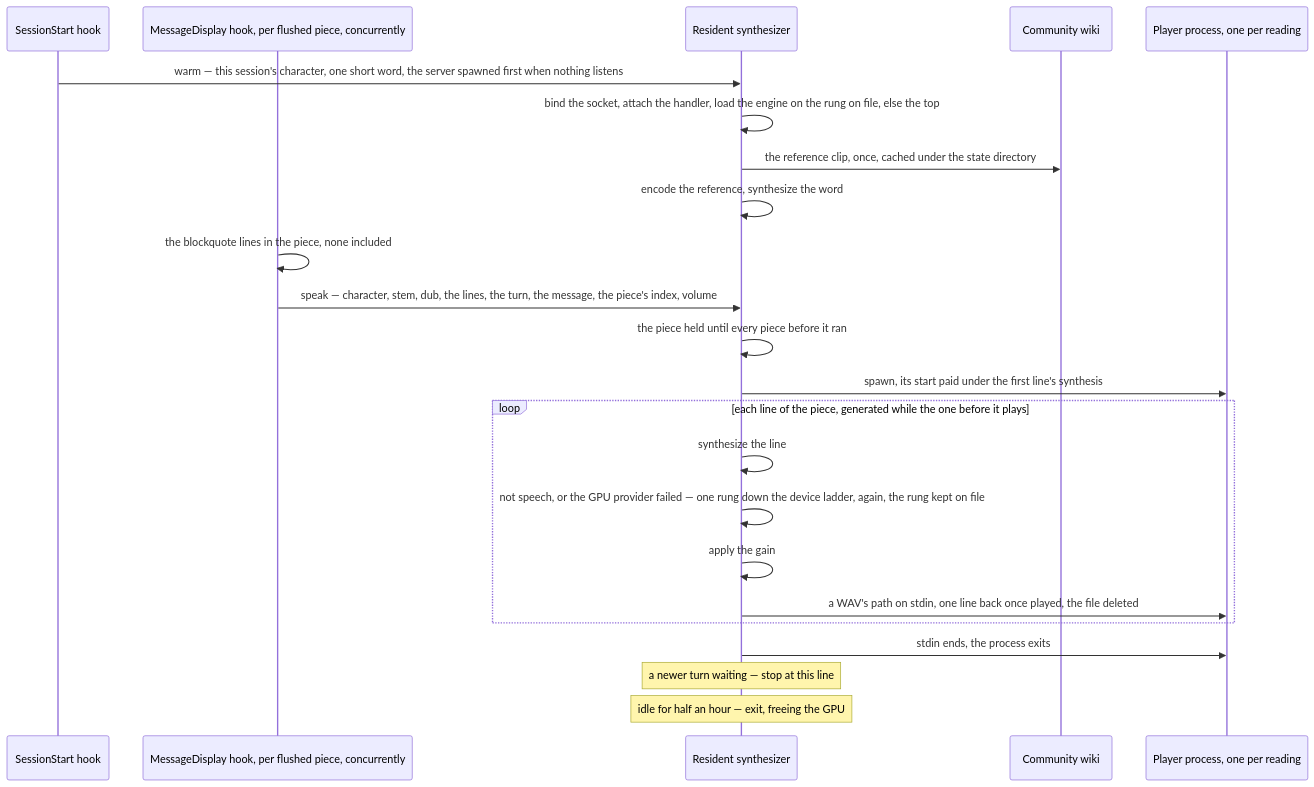
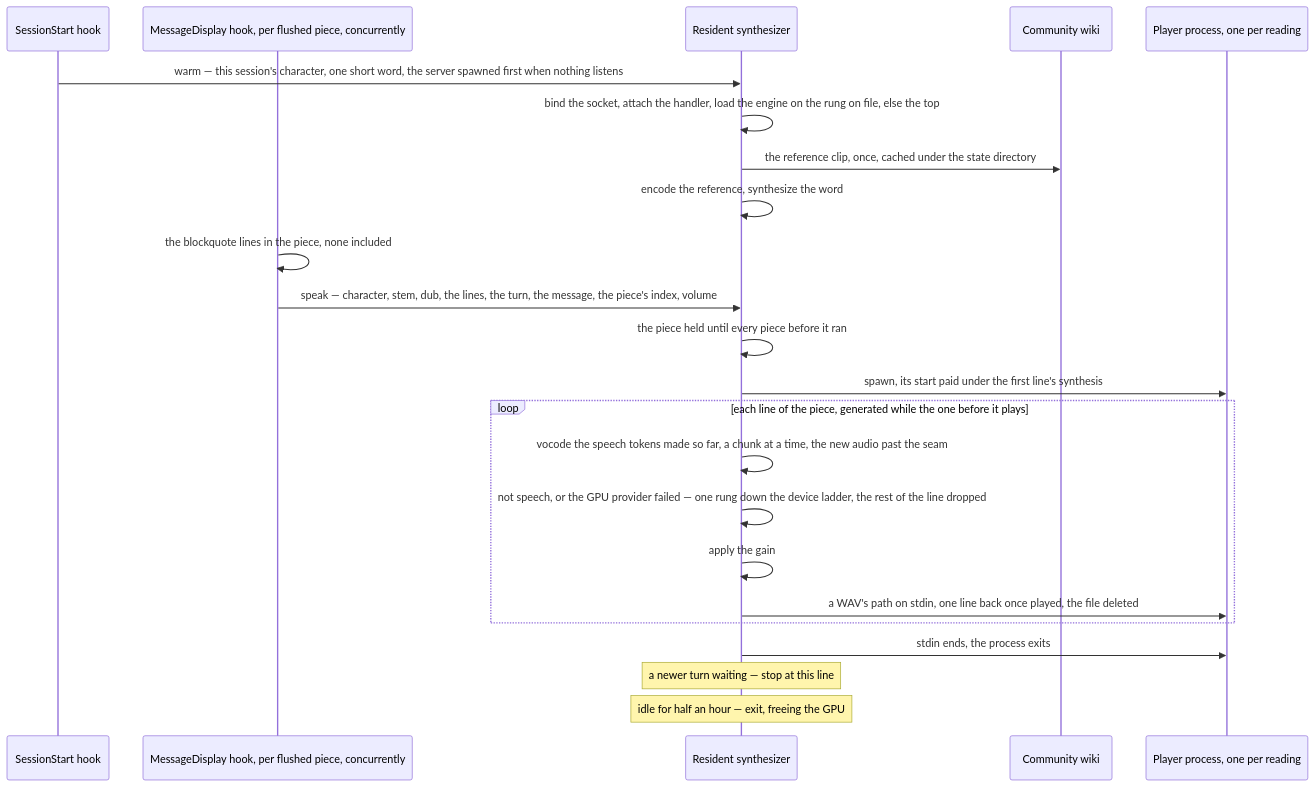
One commit to Esposter/Esposter changed the first of 3 diagrams in apps/web/content/docs/infra/claude-interface/spoken-replies.md. Above: the diagram before and after it, drawn with Mermaid. The commit also changed other lines of this file and 3 other files, not shown here.

````diff
--- a/apps/web/content/docs/infra/claude-interface/spoken-replies.md
+++ b/apps/web/content/docs/infra/claude-interface/spoken-replies.md
@@ -18,26 +18,26 @@
 ```mermaid
 sequenceDiagram
     participant Start as SessionStart hook
     participant Display as MessageDisplay hook, per flushed piece, concurrently
     participant Server as Resident synthesizer
     participant Wiki as Community wiki
     participant Player as Player process, one per reading
 
     Start->>Server: warm — this session's character, one short word, the server spawned first when nothing listens
     Server->>Server: bind the socket, attach the handler, load the engine on the rung on file, else the top
     Server->>Wiki: the reference clip, once, cached under the state directory
     Server->>Server: encode the reference, synthesize the word
     Display->>Display: the blockquote lines in the piece, none included
     Display->>Server: speak — character, stem, dub, the lines, the turn, the message, the piece's index, volume
     Server->>Server: the piece held until every piece before it ran
     Server->>Player: spawn, its start paid under the first line's synthesis
     loop each line of the piece, generated while the one before it plays
-        Server->>Server: synthesize the line
-        Server->>Server: not speech, or the GPU provider failed — one rung down the device ladder, again, the rung kept on file
+        Server->>Server: vocode the speech tokens made so far, a chunk at a time, the new audio past the seam
+        Server->>Server: not speech, or the GPU provider failed — one rung down the device ladder, the rest of the line dropped
         Server->>Server: apply the gain
         Server->>Player: a WAV's path on stdin, one line back once played, the file deleted
     end
     Server->>Player: stdin ends, the process exits
     Note over Server: a newer turn waiting — stop at this line
     Note over Server: idle for half an hour — exit, freeing the GPU
 ```
````
